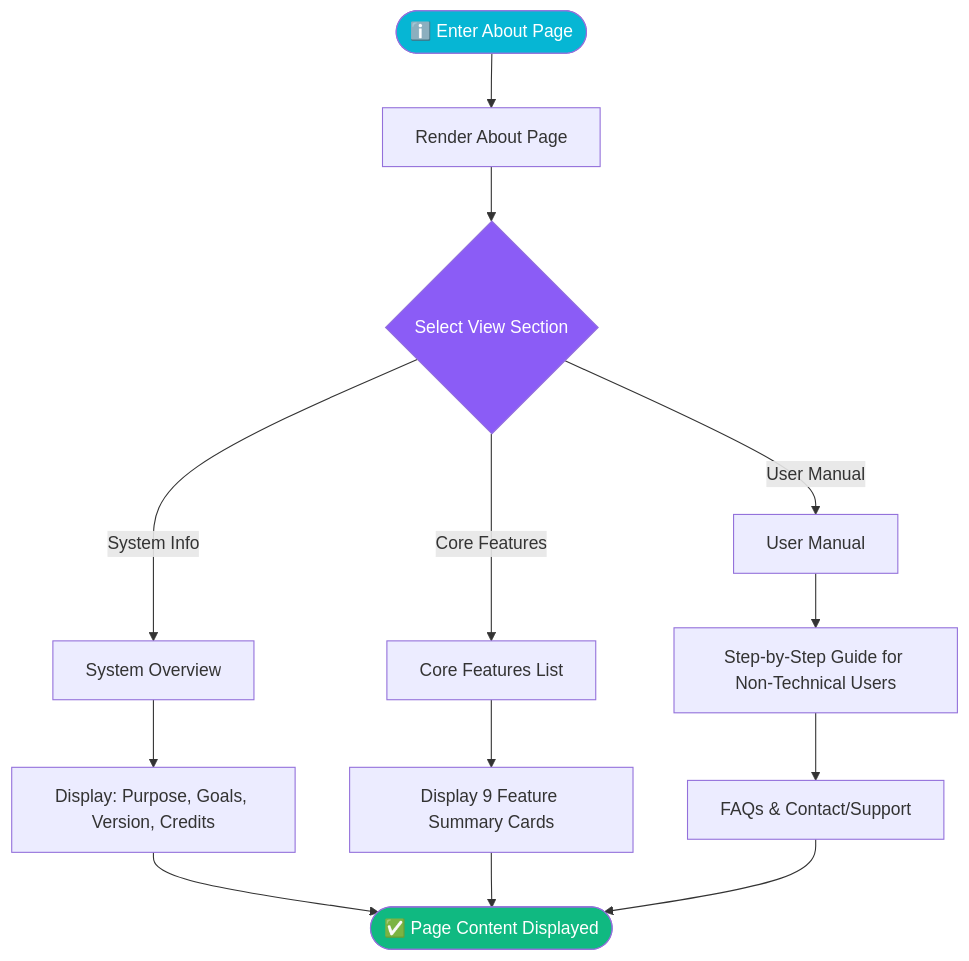
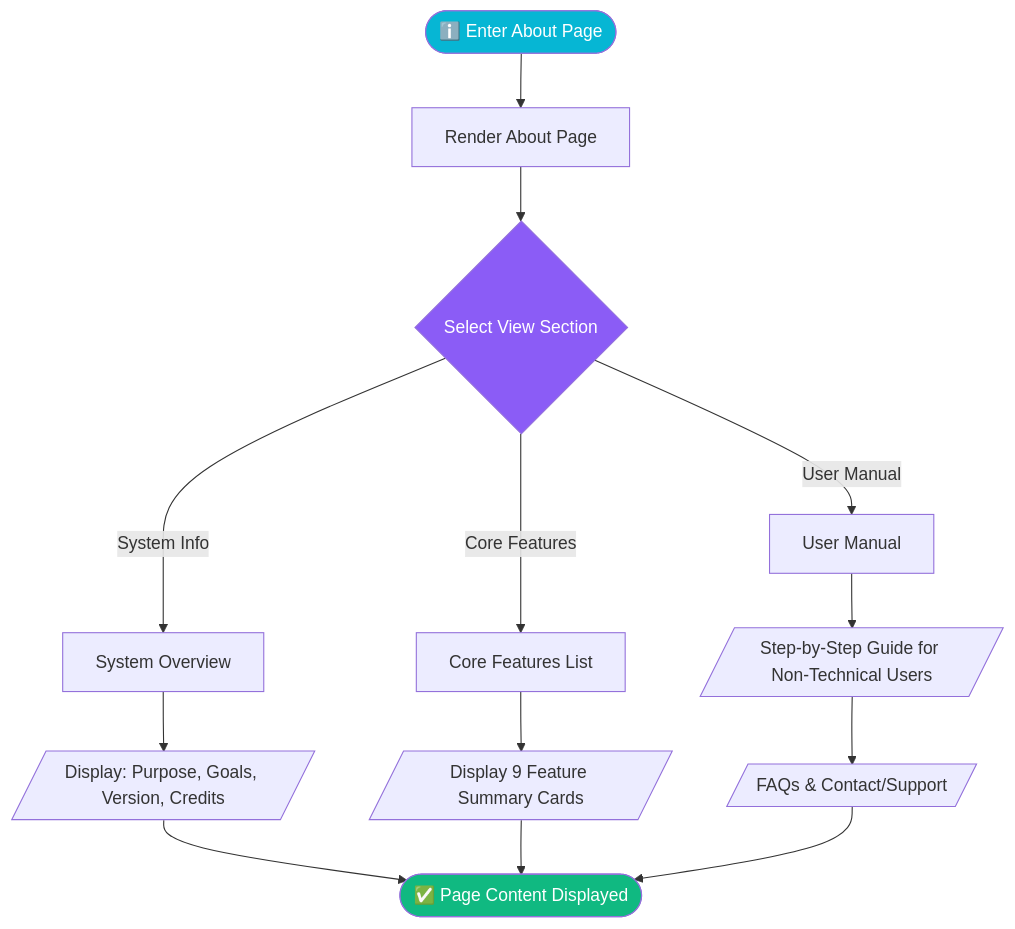
Before and after one commit to rakuya-khun/alumni-db: the tenth of 10 diagrams in docs/technical/alumni-db-flowcharts.md, drawn with Mermaid. The commit also changed other lines of this file, not shown here.

Commit message:
docs: flowchart mermaid markdown shape adjustment

````diff
--- a/docs/technical/alumni-db-flowcharts.md
+++ b/docs/technical/alumni-db-flowcharts.md
@@ -514,21 +570,21 @@
 ```mermaid
 flowchart TD
     A([ℹ️ Enter About Page]) --> B[Render About Page]
     B --> C{Select View Section}
 
     C -- System Info --> D[System Overview]
-    D --> E["Display: Purpose, Goals, Version, Credits"]
+    D --> E[/"Display: Purpose, Goals, Version, Credits"/]
 
     C -- Core Features --> F[Core Features List]
-    F --> G["Display 9 Feature Summary Cards"]
+    F --> G[/"Display 9 Feature Summary Cards"/]
 
     C -- User Manual --> H[User Manual]
-    H --> I["Step-by-Step Guide for Non-Technical Users"]
-    I --> J["FAQs & Contact/Support"]
+    H --> I[/"Step-by-Step Guide for Non-Technical Users"/]
+    I --> J[/"FAQs & Contact/Support"/]
 
     E & G & J --> K([✅ Page Content Displayed])
 
     style A fill:#06b6d4,color:#fff
     style K fill:#10b981,color:#fff
     style C fill:#8b5cf6,color:#fff
 ```
````
